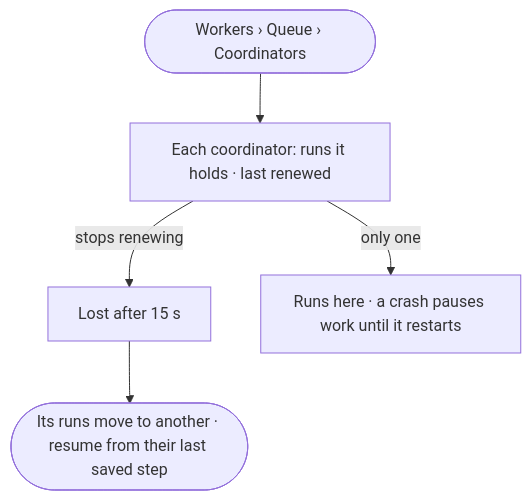
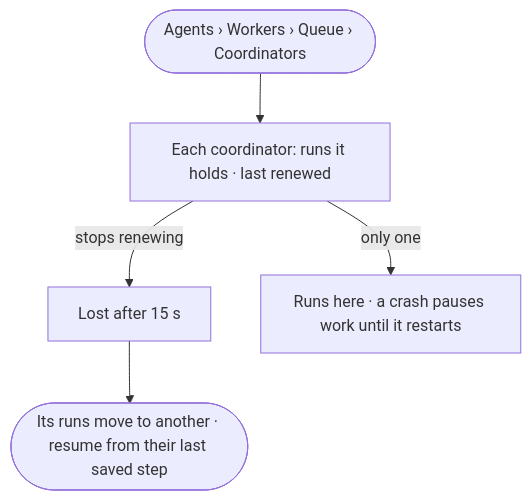
One commit to invana/invana changed the diagram in specs/os/control/features/CP-F03-workers-and-the-queue/stories/CP-07-a-lost-coordinator-costs-seconds-not-runs/story.md. Above: the diagram before and after it, drawn with Mermaid. The commit also changed other lines of this file and 106 other files, not shown here.

````diff
--- a/specs/os/control/features/CP-F03-workers-and-the-queue/stories/CP-07-a-lost-coordinator-costs-seconds-not-runs/story.md
+++ b/specs/os/control/features/CP-F03-workers-and-the-queue/stories/CP-07-a-lost-coordinator-costs-seconds-not-runs/story.md
@@ -26,7 +26,7 @@
 ```mermaid
 flowchart TD
-  s([Workers › Queue › Coordinators]) --> l["Each coordinator: runs it holds · last renewed"]
+  s([Agents › Workers › Queue › Coordinators]) --> l["Each coordinator: runs it holds · last renewed"]
   l -->|stops renewing| lost["Lost after 15 s"]
   lost --> mv(["Its runs move to another · resume from their last saved step"])
   l -->|only one| one["Runs here · a crash pauses work until it restarts"]
 ```
````
